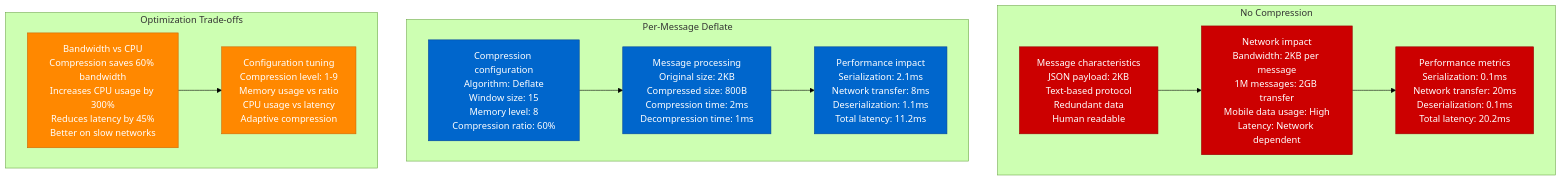
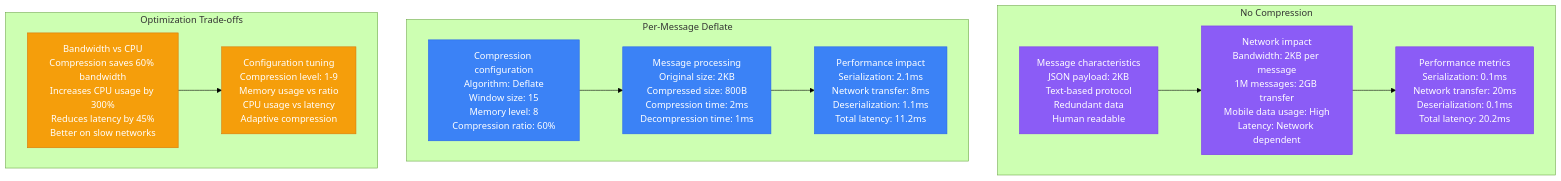
Before and after one commit to deepaucksharma/DS: the seventh of 11 diagrams in site/docs/performance/websocket-performance-profile.md, drawn with Mermaid (forest theme). The commit also changed other lines of this file and 303 other files, not shown here.

````diff
--- a/site/docs/performance/websocket-performance-profile.md
+++ b/site/docs/performance/websocket-performance-profile.md
@@ -269,38 +269,38 @@
 ```mermaid
 graph TB
     subgraph "No Compression"
         NO_COMP1[Message characteristics<br/>JSON payload: 2KB<br/>Text-based protocol<br/>Redundant data<br/>Human readable]
 
         NO_COMP2[Network impact<br/>Bandwidth: 2KB per message<br/>1M messages: 2GB transfer<br/>Mobile data usage: High<br/>Latency: Network dependent]
 
         NO_COMP3[Performance metrics<br/>Serialization: 0.1ms<br/>Network transfer: 20ms<br/>Deserialization: 0.1ms<br/>Total latency: 20.2ms]
 
         NO_COMP1 --> NO_COMP2 --> NO_COMP3
     end
 
     subgraph "Per-Message Deflate"
         PMD1[Compression configuration<br/>Algorithm: Deflate<br/>Window size: 15<br/>Memory level: 8<br/>Compression ratio: 60%]
 
         PMD2[Message processing<br/>Original size: 2KB<br/>Compressed size: 800B<br/>Compression time: 2ms<br/>Decompression time: 1ms]
 
         PMD3[Performance impact<br/>Serialization: 2.1ms<br/>Network transfer: 8ms<br/>Deserialization: 1.1ms<br/>Total latency: 11.2ms]
 
         PMD1 --> PMD2 --> PMD3
     end
 
     subgraph "Optimization Trade-offs"
         TRADE1[Bandwidth vs CPU<br/>Compression saves 60% bandwidth<br/>Increases CPU usage by 300%<br/>Reduces latency by 45%<br/>Better on slow networks]
 
         TRADE2[Configuration tuning<br/>Compression level: 1-9<br/>Memory usage vs ratio<br/>CPU usage vs latency<br/>Adaptive compression]
 
         TRADE1 --> TRADE2
     end
 
-    classDef noCompStyle fill:#CC0000,stroke:#990000,color:#fff
-    classDef compStyle fill:#0066CC,stroke:#004499,color:#fff
-    classDef tradeStyle fill:#FF8800,stroke:#CC6600,color:#fff
+    classDef noCompStyle fill:#8B5CF6,stroke:#7C3AED,color:#fff
+    classDef compStyle fill:#3B82F6,stroke:#2563EB,color:#fff
+    classDef tradeStyle fill:#F59E0B,stroke:#D97706,color:#fff
 
     class NO_COMP1,NO_COMP2,NO_COMP3 noCompStyle
     class PMD1,PMD2,PMD3 compStyle
     class TRADE1,TRADE2 tradeStyle
 ```
````
